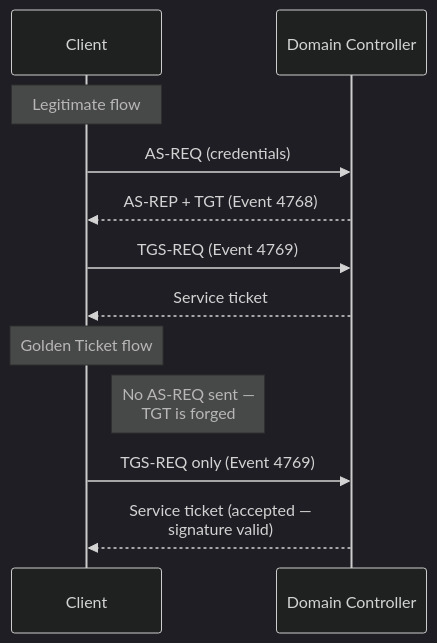
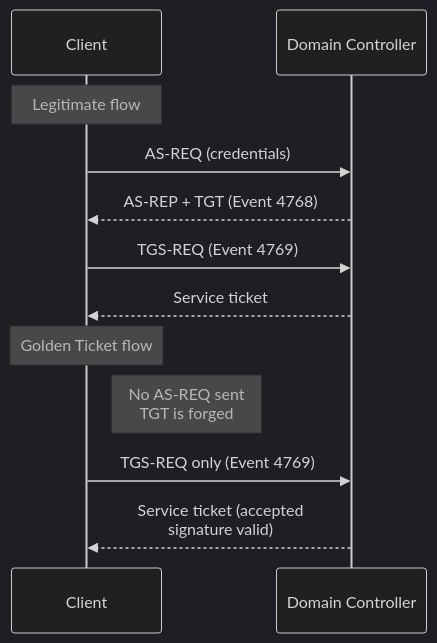
One commit to hiro001-eth/What-I-Learned-Today-on-SOC-GRC- changed the first of 4 diagrams in On 14-10-2026 THE INVISIBLE TENANT How Attackers Engineer Long Dwell Time After Initial Access  The Middle of the Breach That Every Detection Program Is Built to Miss.md. Above: the diagram before and after it, drawn with Mermaid (dark theme). The commit also changed other lines of this file, not shown here.

````diff
--- a/On 14-10-2026 THE INVISIBLE TENANT How Attackers Engineer Long Dwell Time After Initial Access  The Middle of the Breach That Every Detection Program Is Built to Miss.md
+++ b/On 14-10-2026 THE INVISIBLE TENANT How Attackers Engineer Long Dwell Time After Initial Access  The Middle of the Breach That Every Detection Program Is Built to Miss.md
@@ -129,14 +133,14 @@
 ```mermaid
 sequenceDiagram
     participant C as Client
     participant DC as Domain Controller
     Note over C: Legitimate flow
     C->>DC: AS-REQ (credentials)
     DC-->>C: AS-REP + TGT (Event 4768)
     C->>DC: TGS-REQ (Event 4769)
     DC-->>C: Service ticket
     Note over C: Golden Ticket flow
-    Note right of C: No AS-REQ sent —<br/>TGT is forged
+    Note right of C: No AS-REQ sent <br/>TGT is forged
     C->>DC: TGS-REQ only (Event 4769)
-    DC-->>C: Service ticket (accepted —<br/>signature valid)
+    DC-->>C: Service ticket (accepted <br/>signature valid)
 ```
````
